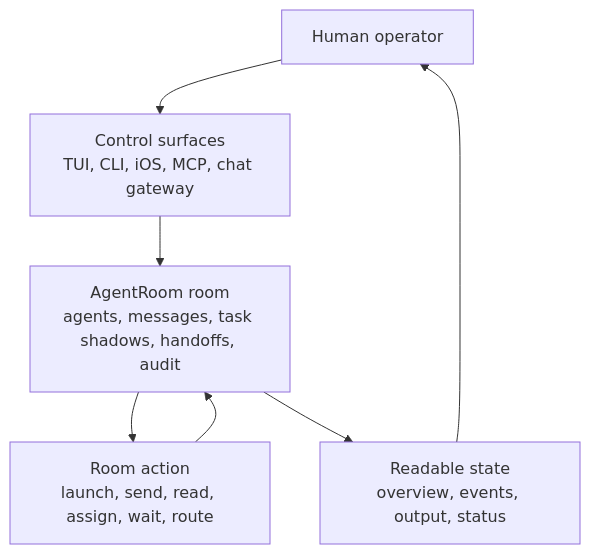
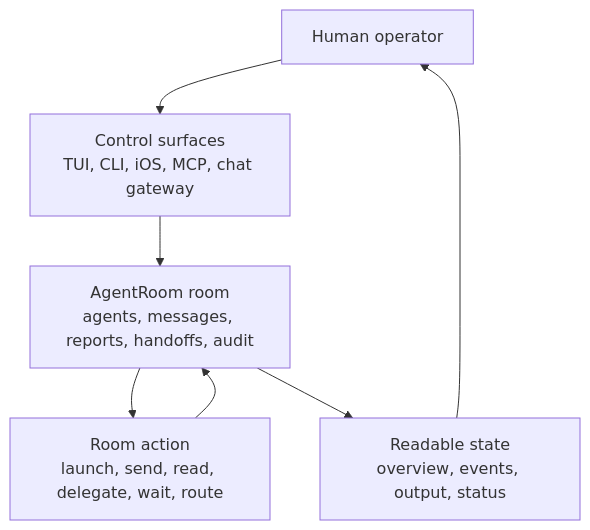
The first of 3 diagrams in docs/DIAGRAM.md (Volpestyle/agent-room), drawn with Mermaid before and after one commit. The commit also changed other lines of this file and 41 other files, not shown here.

````diff
--- a/docs/DIAGRAM.md
+++ b/docs/DIAGRAM.md
@@ -8,15 +8,15 @@
 ```mermaid
 flowchart TB
   user["Human operator"]
   surfaces["Control surfaces<br/>TUI, CLI, iOS, MCP, chat gateway"]
-  room["AgentRoom room<br/>agents, messages, task shadows, handoffs, audit"]
-  action["Room action<br/>launch, send, read, assign, wait, route"]
+  room["AgentRoom room<br/>agents, messages, reports, handoffs, audit"]
+  action["Room action<br/>launch, send, read, delegate, wait, route"]
   result["Readable state<br/>overview, events, output, status"]
 
   user --> surfaces
   surfaces --> room
   room --> action
   action --> room
   room --> result
   result --> user
 ```
````
